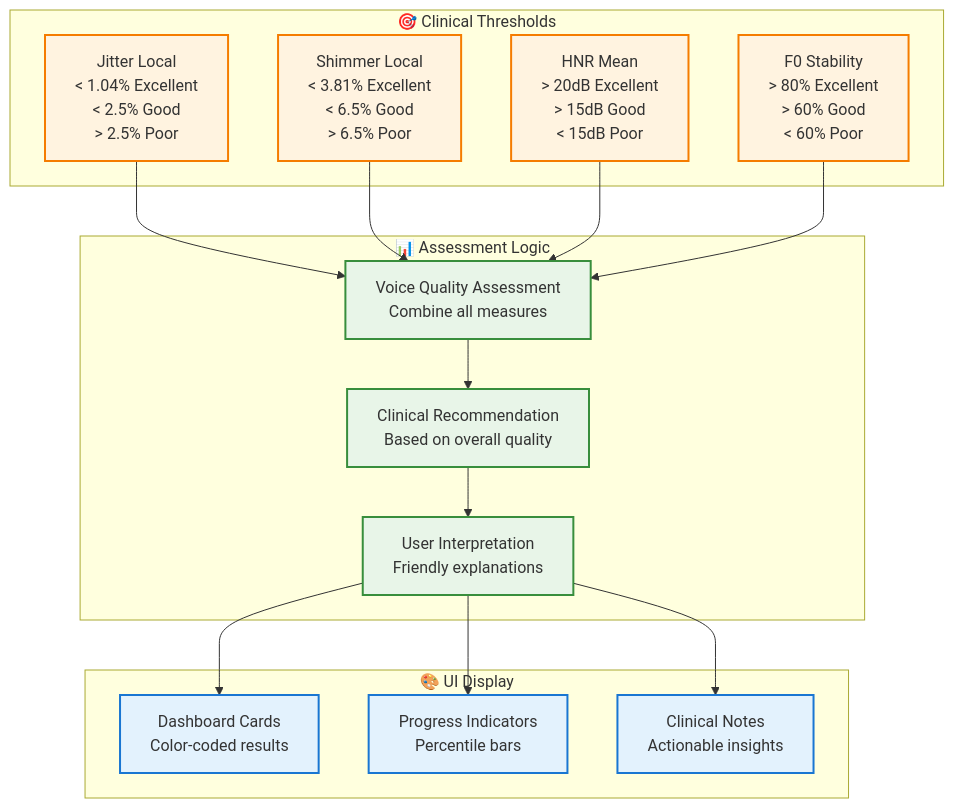
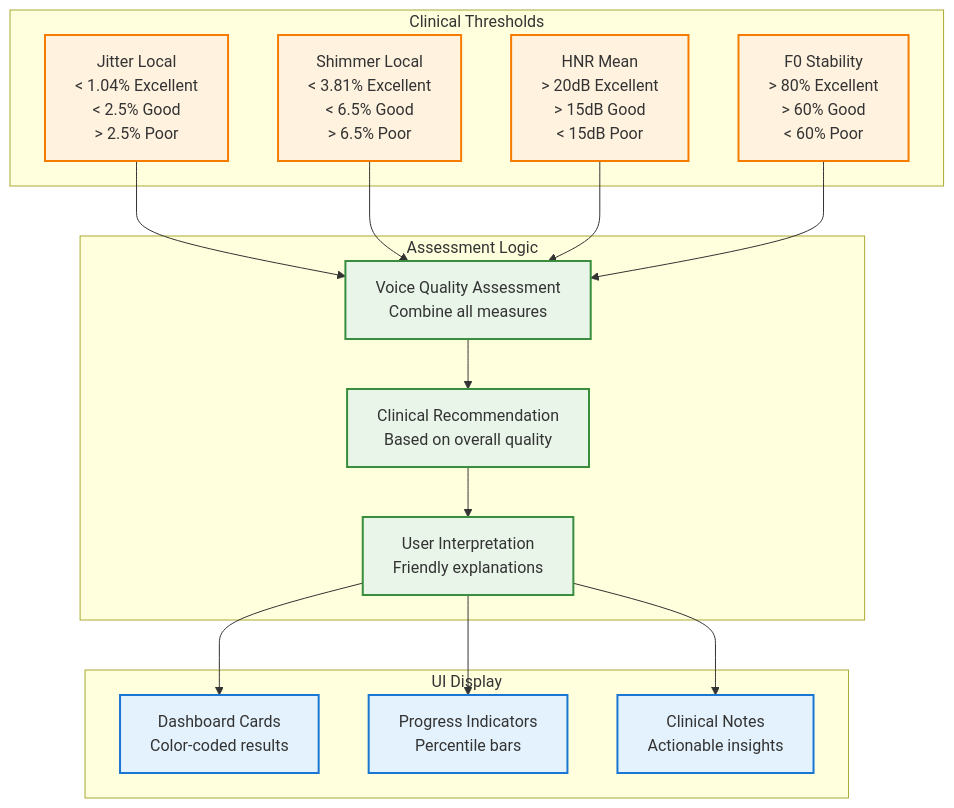
The eighth of 13 diagrams in ARCHITECTURE.md (PoisonIvory/sage), drawn with Mermaid before and after one commit. The commit also changed other lines of this file, not shown here.

Commit message:
Update ARCHITECTURE.md to accurately reflect current codebase implementation

````diff
--- a/ARCHITECTURE.md
+++ b/ARCHITECTURE.md
@@ -479,39 +502,39 @@
 ```mermaid
 graph TD
-    subgraph "🎯 Clinical Thresholds"
+    subgraph "Clinical Thresholds"
         A1[Jitter Local<br/>< 1.04% Excellent<br/>< 2.5% Good<br/>> 2.5% Poor]
         A2[Shimmer Local<br/>< 3.81% Excellent<br/>< 6.5% Good<br/>> 6.5% Poor]
         A3[HNR Mean<br/>> 20dB Excellent<br/>> 15dB Good<br/>< 15dB Poor]
         A4[F0 Stability<br/>> 80% Excellent<br/>> 60% Good<br/>< 60% Poor]
     end
     
-    subgraph "📊 Assessment Logic"
+    subgraph "Assessment Logic"
         B1[Voice Quality Assessment<br/>Combine all measures]
         B2[Clinical Recommendation<br/>Based on overall quality]
         B3[User Interpretation<br/>Friendly explanations]
     end
     
-    subgraph "🎨 UI Display"
+    subgraph "UI Display"
         C1[Dashboard Cards<br/>Color-coded results]
         C2[Progress Indicators<br/>Percentile bars]
         C3[Clinical Notes<br/>Actionable insights]
     end
     
     A1 --> B1
     A2 --> B1
     A3 --> B1
     A4 --> B1
     B1 --> B2
     B2 --> B3
     B3 --> C1
     B3 --> C2
     B3 --> C3
     
     classDef threshold fill:#fff3e0,stroke:#f57c00,stroke-width:2px
     classDef assessment fill:#e8f5e8,stroke:#388e3c,stroke-width:2px
     classDef display fill:#e3f2fd,stroke:#1976d2,stroke-width:2px
     
     class A1,A2,A3,A4 threshold
     class B1,B2,B3 assessment
     class C1,C2,C3 display
 ```
````
